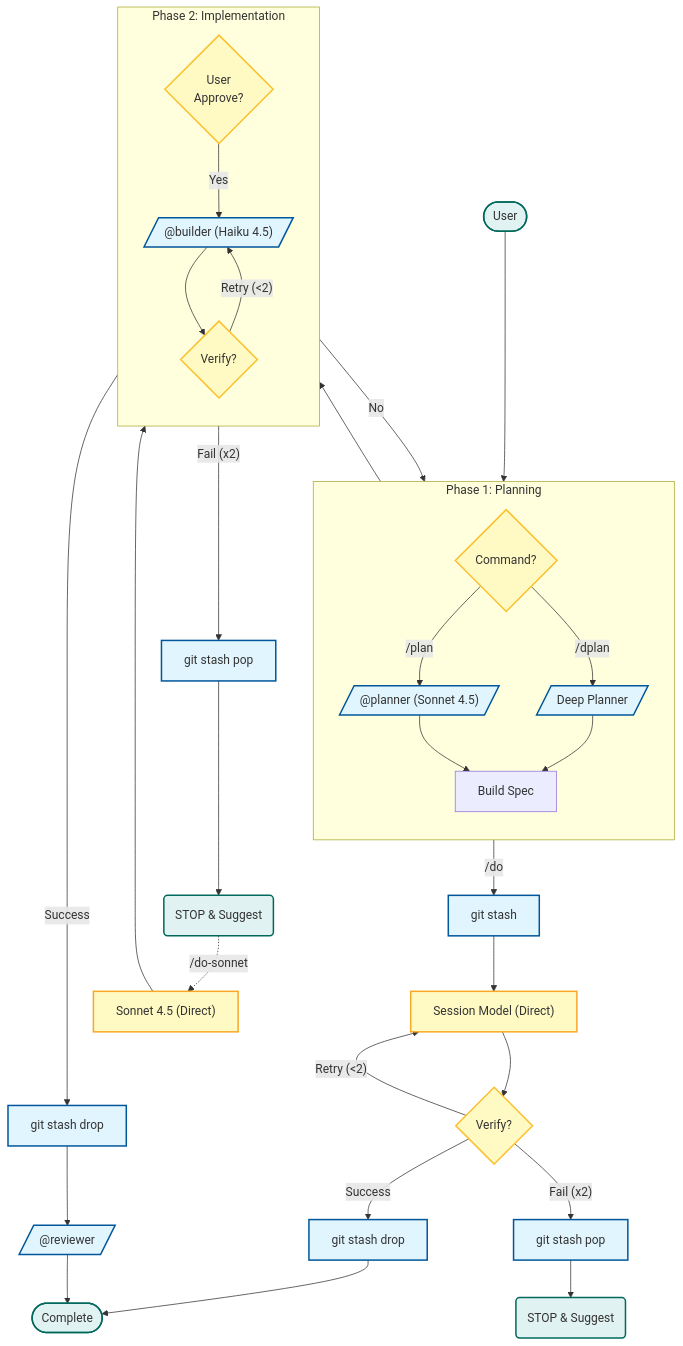
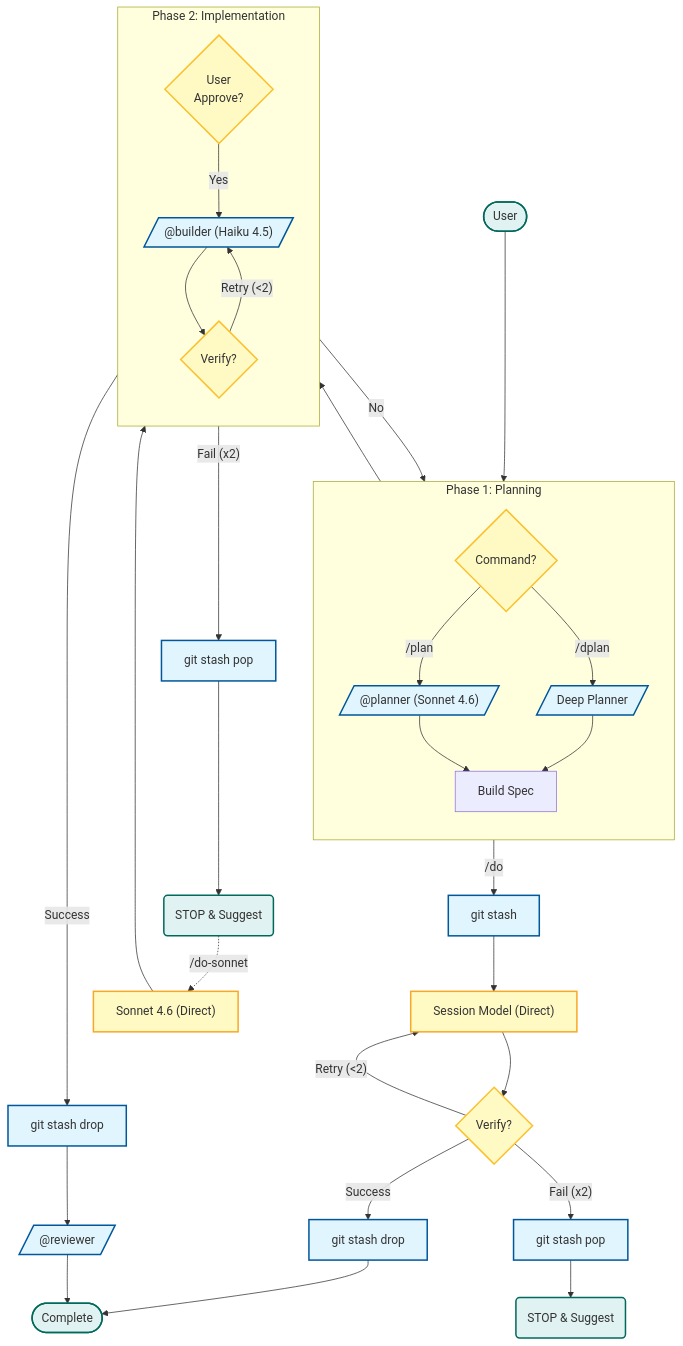
Before and after one commit to move-hoon/claude-pro-minmax: the diagram in .claude/agents/README.ko.md, drawn with Mermaid. The commit also changed other lines of this file and 5 other files, not shown here.

````diff
--- a/.claude/agents/README.ko.md
+++ b/.claude/agents/README.ko.md
@@ -85,60 +85,60 @@
 ```mermaid
 flowchart TD
     %% Initial Request
     Start([User]) --> Cmd{Command?}
     
     %% Branch 1: Planning (Requires Approval)
     subgraph Planning ["Phase 1: Planning"]
         direction TB
-        Cmd -->|/plan| Planner[/"@planner (Sonnet 4.5)"/]
+        Cmd -->|/plan| Planner[/"@planner (Sonnet 4.6)"/]
         Cmd -->|/dplan| DPlanner[/"Deep Planner"/]
         Planner & DPlanner --> Spec[Build Spec]
     end
     
     %% Human-in-the-loop Logic (Validated via plan.md line 24)
     Spec --> UserAppr{User\nApprove?}
     UserAppr -- No --> Cmd
     
     %% Branch 2a: /plan Execution (Approved → @builder)
     subgraph Execution ["Phase 2: Implementation"]
         direction TB
         UserAppr -- Yes --> Builder[/"@builder (Haiku 4.5)"/]
 
         %% Safe Execution Loop
         Builder --> Verify{Verify?}
         Verify -- "Retry (<2)" --> Builder
     end
 
     %% Branch 2b: /do Direct Execution (Session Model)
     Cmd -->|/do| Snap["git stash"]
     Snap --> Exec["Session Model (Direct)"]
     Exec --> VerifyDo{Verify?}
     VerifyDo -- "Retry (<2)" --> Exec
     VerifyDo -->|Success| DropDo["git stash drop"]
     DropDo --> Done
     VerifyDo -- "Fail (x2)" --> PopDo["git stash pop"]
     PopDo --> EscalateDo(STOP & Suggest)
 
     %% Branch 3: Escalation (Model Upgrade)
     Verify -- "Fail (x2)" --> Pop["git stash pop"]
     Pop --> Escalate(STOP & Suggest)
-    Escalate -.->|"/do-sonnet"| SonnetExec["Sonnet 4.5 (Direct)"]
+    Escalate -.->|"/do-sonnet"| SonnetExec["Sonnet 4.6 (Direct)"]
     SonnetExec --> Verify
 
     %% Branch 4: Completion
     Verify -->|Success| Drop["git stash drop"]
     Drop --> Reviewer[/"@reviewer"/]
     Reviewer --> Done([Complete])
 
     %% Styling
     classDef agent fill:#e1f5fe,stroke:#01579b,stroke-width:2px;
     classDef logic fill:#fff9c4,stroke:#fbc02d,stroke-width:2px;
     classDef term fill:#e0f2f1,stroke:#00695c,stroke-width:2px;
     classDef fail fill:#ffebee,stroke:#c62828,stroke-width:2px,stroke-dasharray: 5 5;
     classDef direct fill:#fff9c4,stroke:#f9a825,stroke-width:2px;
 
     class Planner,DPlanner,Builder,Reviewer,Snap,Pop,Drop,SnapDo,PopDo,DropDo agent;
     class Cmd,Verify,VerifyDo,UserAppr logic;
     class Start,Done,Escalate,EscalateDo term;
     class Exec,SonnetExec direct;
 ```
````
